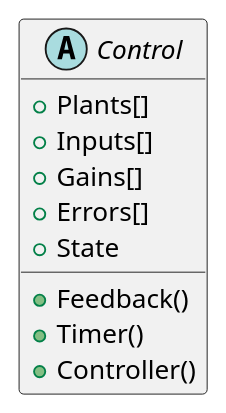
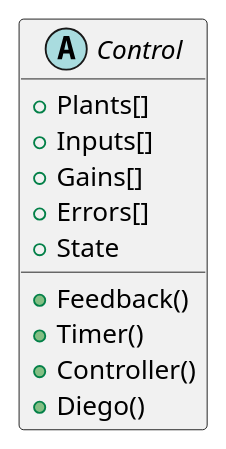
The diagram in PlantUML designs/ThreeMonkeys.puml (JERL88/FMDAF), drawn with PlantUML before and after one commit.

Commit message:
added Diego

```diff
--- a/PlantUML designs/ThreeMonkeys.puml
+++ b/PlantUML designs/ThreeMonkeys.puml
@@ -1,19 +1,20 @@
 @startuml
 
 abstract Control{
 
     +Plants[]
     +Inputs[]
     +Gains[]
     +Errors[]
     +State
     +Feedback() 
     +Timer()
     +Controller()   
+    +Diego()
     
 }
 
 
 
 
 @enduml
```
